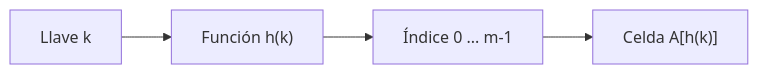
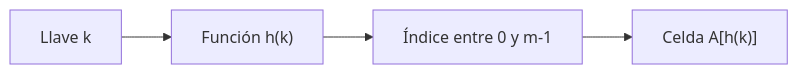
Before and after one commit to ngulloa/edd: the diagram in contenidos/hash.qmd, drawn with Mermaid. The commit also changed other lines of this file and 5 other files, not shown here.

````diff
--- a/contenidos/hash.qmd
+++ b/contenidos/hash.qmd
@@ -50,6 +61,6 @@
 ```{mermaid}
 flowchart LR
     K["Llave k"] --> H["Función h(k)"]
-    H --> I["Índice 0 ... m-1"]
+    H --> I["Índice entre 0 y m-1"]
     I --> A["Celda A[h(k)]"]
 ```
````
